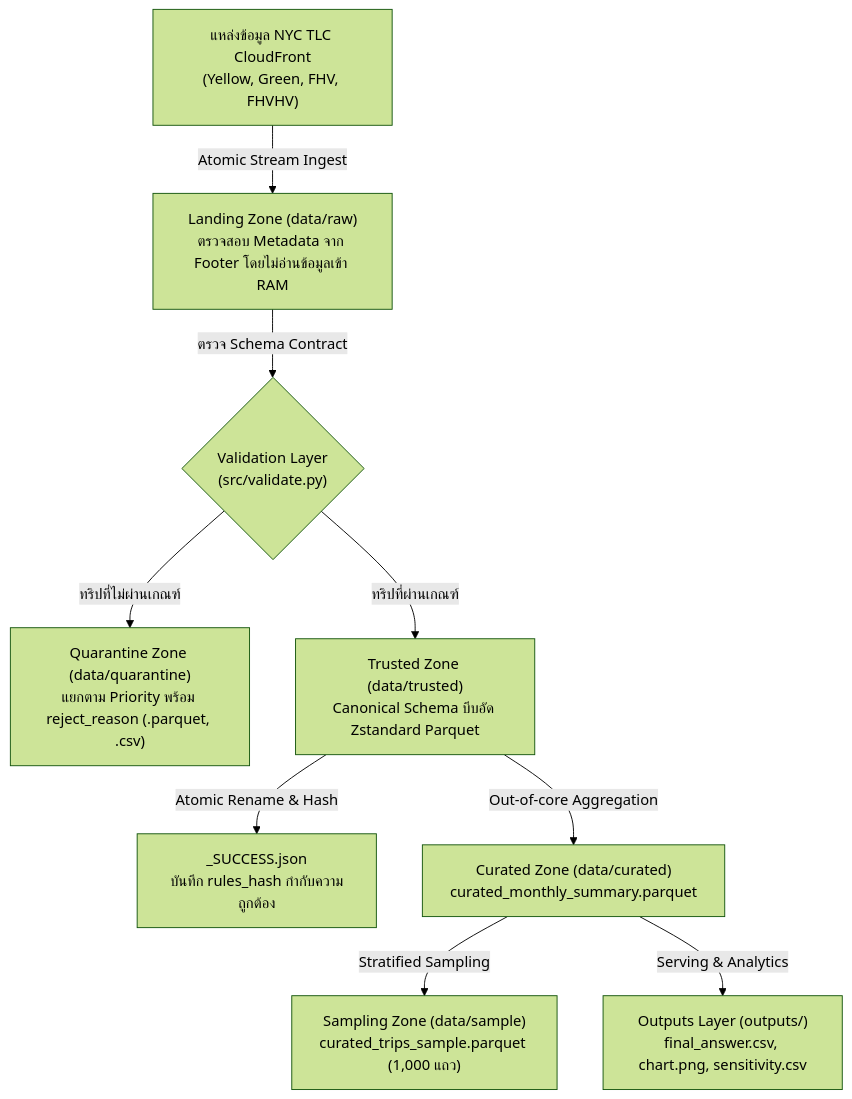
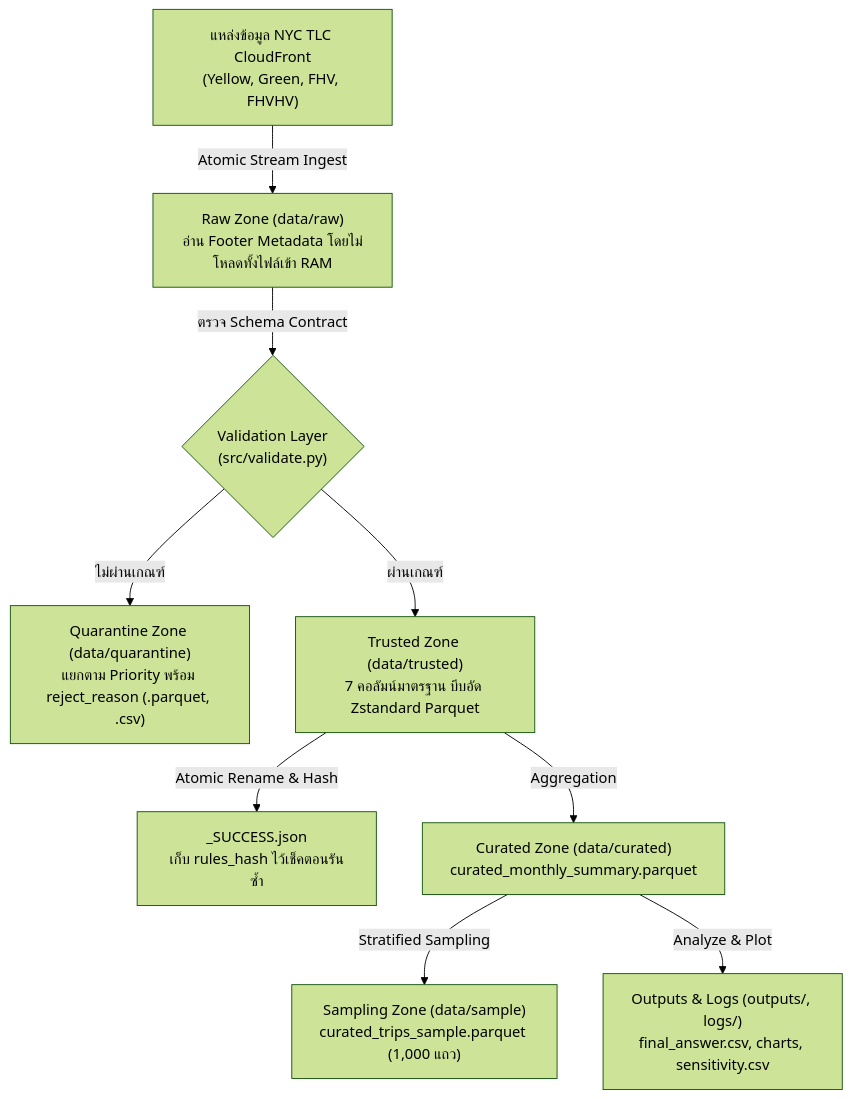
Before and after one commit to PurinatWanthanathanya/NYCTAXI2_BIGDATA: the diagram in README.md, drawn with Mermaid (forest theme). The commit also changed other lines of this file and 5 other files, not shown here.

Commit message:
docs: rewrite README and add pipeline data flow diagram

````diff
--- a/README.md
+++ b/README.md
@@ -119,11 +114,11 @@
 ```mermaid
 flowchart TD
-    A["แหล่งข้อมูล NYC TLC CloudFront<br/>(Yellow, Green, FHV, FHVHV)"] -->|Atomic Stream Ingest| B["Landing Zone (data/raw)<br/>ตรวจสอบ Metadata จาก Footer โดยไม่อ่านข้อมูลเข้า RAM"]
+    A["แหล่งข้อมูล NYC TLC CloudFront<br/>(Yellow, Green, FHV, FHVHV)"] -->|Atomic Stream Ingest| B["Raw Zone (data/raw)<br/>อ่าน Footer Metadata โดยไม่โหลดทั้งไฟล์เข้า RAM"]
     B -->|ตรวจ Schema Contract| C{"Validation Layer<br/>(src/validate.py)"}
-    C -->|ทริปที่ไม่ผ่านเกณฑ์| D["Quarantine Zone (data/quarantine)<br/>แยกตาม Priority พร้อม reject_reason (.parquet, .csv)"]
-    C -->|ทริปที่ผ่านเกณฑ์| E["Trusted Zone (data/trusted)<br/>Canonical Schema บีบอัด Zstandard Parquet"]
-    E -->|Atomic Rename & Hash| F["_SUCCESS.json<br/>บันทึก rules_hash กำกับความถูกต้อง"]
-    E -->|Out-of-core Aggregation| G["Curated Zone (data/curated)<br/>curated_monthly_summary.parquet"]
+    C -->|ไม่ผ่านเกณฑ์| D["Quarantine Zone (data/quarantine)<br/>แยกตาม Priority พร้อม reject_reason (.parquet, .csv)"]
+    C -->|ผ่านเกณฑ์| E["Trusted Zone (data/trusted)<br/>7 คอลัมน์มาตรฐาน บีบอัด Zstandard Parquet"]
+    E -->|Atomic Rename & Hash| F["_SUCCESS.json<br/>เก็บ rules_hash ไว้เช็คตอนรันซ้ำ"]
+    E -->|Aggregation| G["Curated Zone (data/curated)<br/>curated_monthly_summary.parquet"]
     G -->|Stratified Sampling| H["Sampling Zone (data/sample)<br/>curated_trips_sample.parquet (1,000 แถว)"]
-    G -->|Serving & Analytics| I["Outputs Layer (outputs/)<br/>final_answer.csv, chart.png, sensitivity.csv"]
+    G -->|Analyze & Plot| I["Outputs & Logs (outputs/, logs/)<br/>final_answer.csv, charts, sensitivity.csv"]
 ```
````
